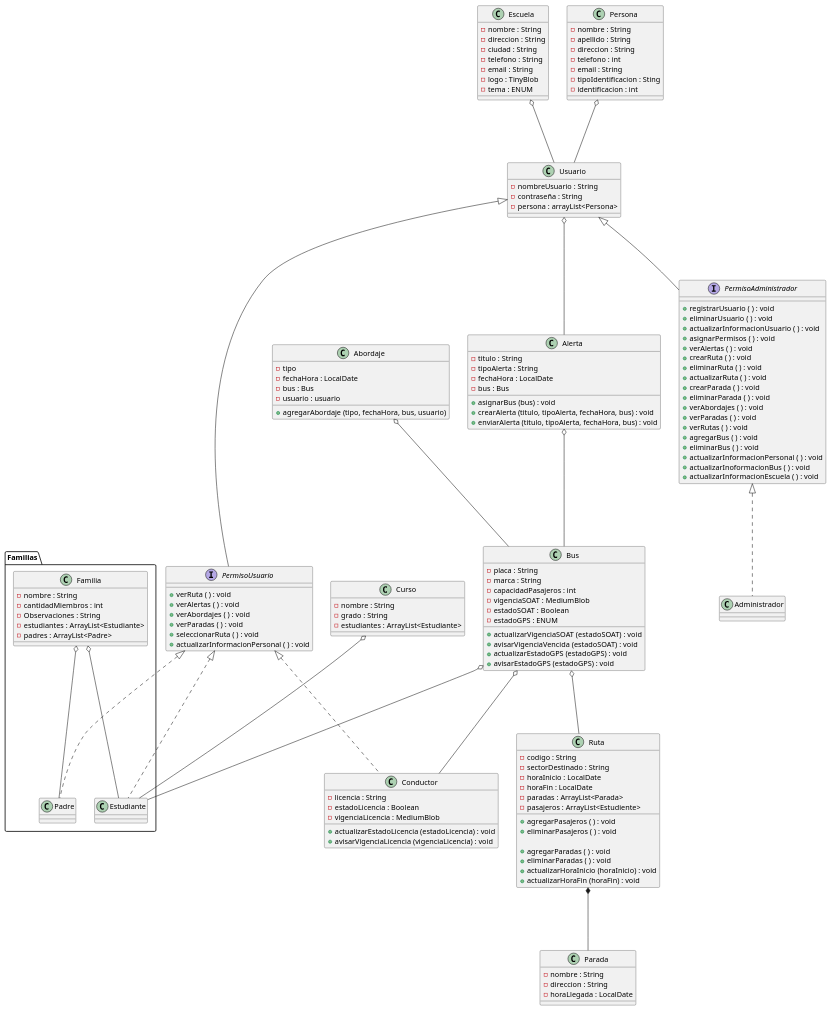
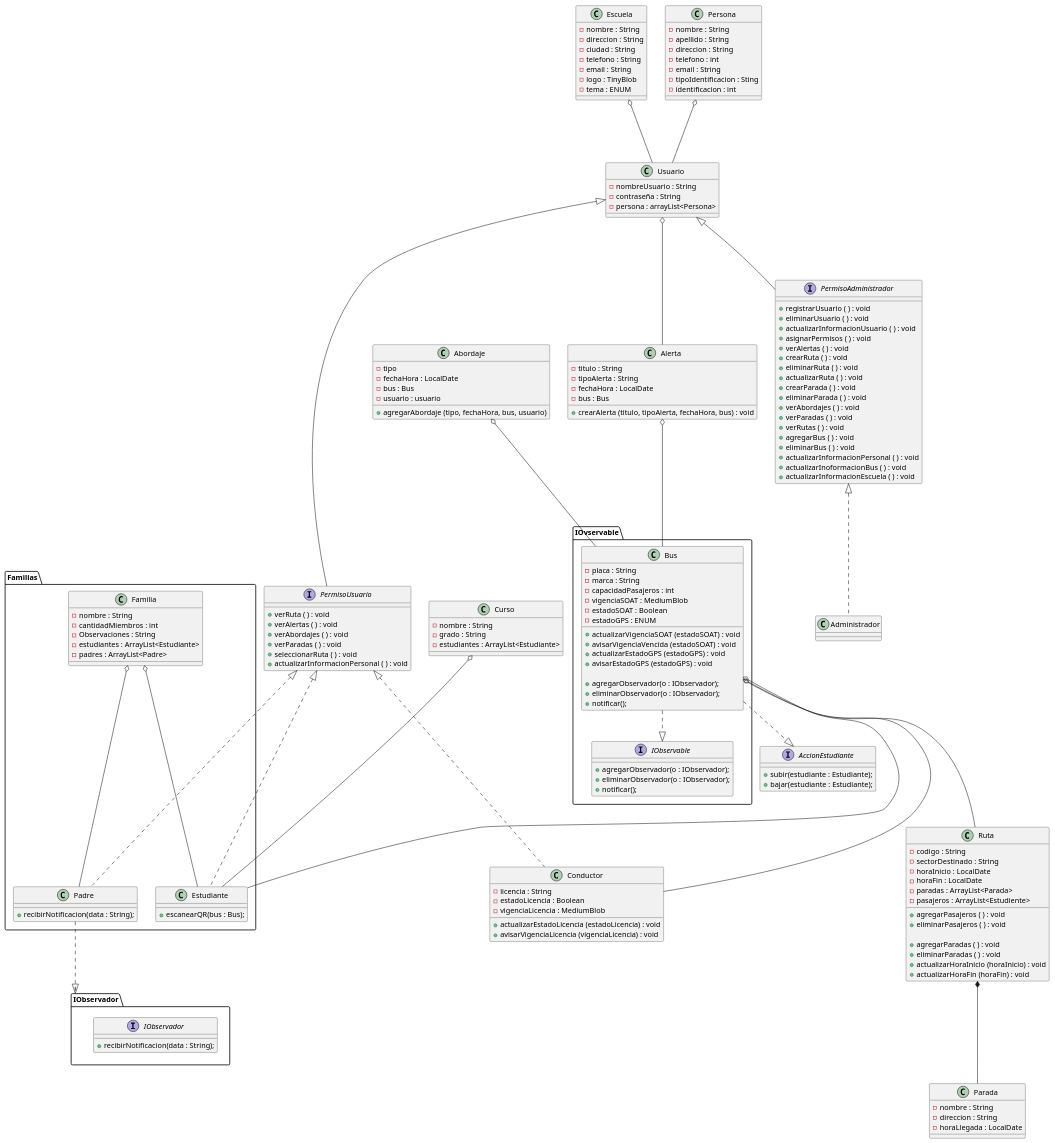
Before and after one commit to Smithzz24/GuardianEscolar: the diagram in Documentacion/Diagramas/DiagramaDeClases.puml, drawn with PlantUML.

Commit message:
agregue funcionalidad del patron observer al diagrama de clases

```diff
--- a/Documentacion/Diagramas/DiagramaDeClases.puml
+++ b/Documentacion/Diagramas/DiagramaDeClases.puml
@@ -1,29 +1,53 @@
 @startuml GuardianEscolar
 'Clase a observar'
+
+interface AccionEstudiante {
+    +subir(estudiante : Estudiante);
+    +bajar(estudiante : Estudiante);
+}
+
+package IOvservable {
+    interface IObservable {
+        +agregarObservador(o : IObservador);
+        +eliminarObservador(o : IObservador);
+        +notificar();
+    }
+
+    class Bus {
+        - placa : String
+        - marca : String
+        - capacidadPasajeros : int
+        - vigenciaSOAT : MediumBlob
+        - estadoSOAT : Boolean
+        - estadoGPS : ENUM
+        
+        
+        +actualizarVigenciaSOAT (estadoSOAT) : void
+        +avisarVigenciaVencida (estadoSOAT) : void
+        +actualizarEstadoGPS (estadoGPS) : void
+        +avisarEstadoGPS (estadoGPS) : void
+
+        +agregarObservador(o : IObservador);
+        +eliminarObservador(o : IObservador);
+        +notificar();
+
+    }
+}
+
+package IObservador {
+    interface IObservador {
+
+    +recibirNotificacion(data : String);
+    }
+}
+
 class Alerta { 
     - titulo : String
     - tipoAlerta : String
     - fechaHora : LocalDate
     - bus : Bus
-    
-    +asignarBus (bus) : void
+
     +crearAlerta (titulo, tipoAlerta, fechaHora, bus) : void
-    +enviarAlerta (titulo, tipoAlerta, fechaHora, bus) : void
-}
-class Bus {
-    - placa : String
-    - marca : String
-    - capacidadPasajeros : int
-    - vigenciaSOAT : MediumBlob
-    - estadoSOAT : Boolean
-    - estadoGPS : ENUM
-    
-    
-    +actualizarVigenciaSOAT (estadoSOAT) : void
-    +avisarVigenciaVencida (estadoSOAT) : void
-    +actualizarEstadoGPS (estadoGPS) : void
-    +avisarEstadoGPS (estadoGPS) : void
-
 }
 
 class Escuela {
@@ -96,11 +120,11 @@
 
 package Familias{
 class Padre {
-    
+    +recibirNotificacion(data : String);
 }
 class Estudiante {
 
-
+    +escanearQR(bus : Bus);
 }
 class Familia {
     - nombre : String
@@ -153,6 +177,10 @@
 PermisoUsuario <|... Estudiante
 PermisoAdministrador <|... Administrador
 
+' Implementaciones
+Bus ..|> IObservable
+Padre ..|> IObservador
+Bus ..|> AccionEstudiante
 
 'Asociaciones'
 Alerta o--- Bus
```
